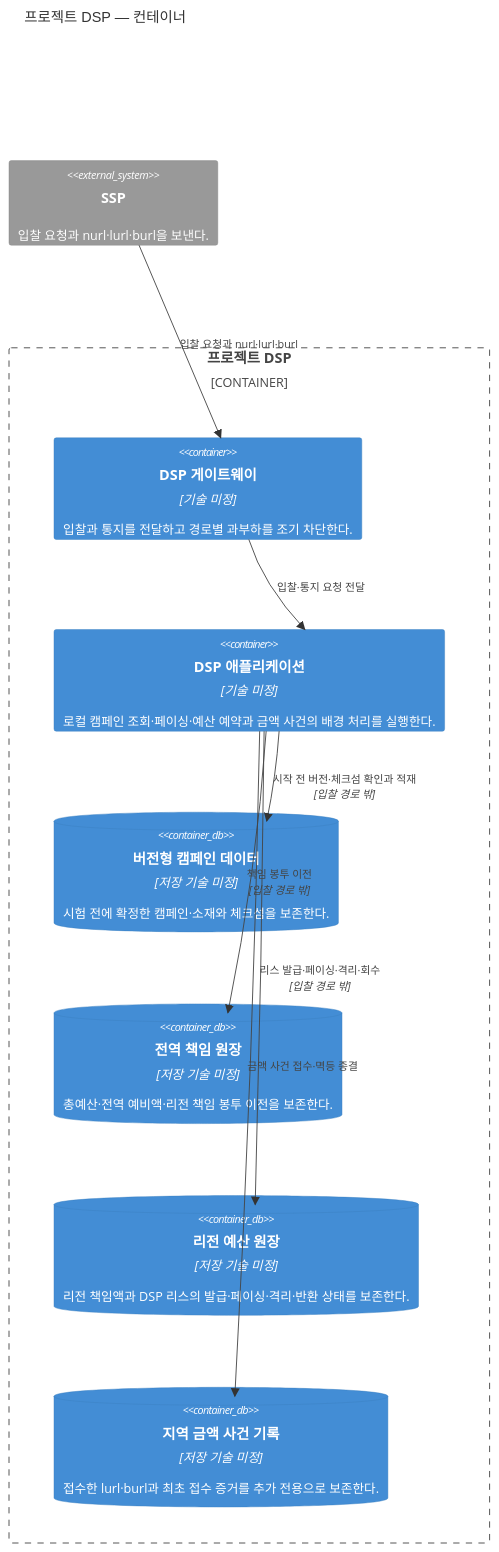
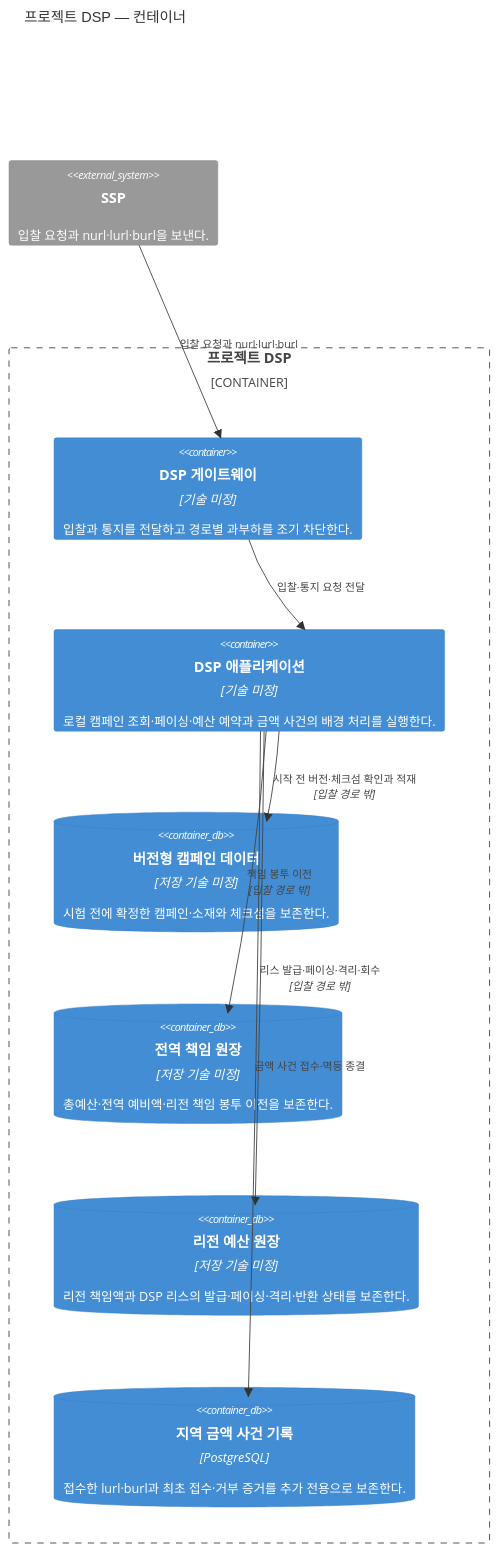
One commit to bbororo5/low-latency-openrtb-auction changed the diagram in docs/architecture/views/dsp-containers.md. Above: the diagram before and after it, drawn with Mermaid. The commit also changed other lines of this file and 9 other files, not shown here.

````diff
--- a/docs/architecture/views/dsp-containers.md
+++ b/docs/architecture/views/dsp-containers.md
@@ -9,24 +9,24 @@
 ```mermaid
 C4Container
     title 프로젝트 DSP — 컨테이너
 
     System_Ext(ssp, "SSP", "입찰 요청과 nurl·lurl·burl을 보낸다.")
 
     Container_Boundary(project_dsp, "프로젝트 DSP") {
         Container(gateway, "DSP 게이트웨이", "기술 미정", "입찰과 통지를 전달하고 경로별 과부하를 조기 차단한다.")
         Container(dsp_application, "DSP 애플리케이션", "기술 미정", "로컬 캠페인 조회·페이싱·예산 예약과 금액 사건의 배경 처리를 실행한다.")
         ContainerDb(campaign_store, "버전형 캠페인 데이터", "저장 기술 미정", "시험 전에 확정한 캠페인·소재와 체크섬을 보존한다.")
         ContainerDb(global_ledger, "전역 책임 원장", "저장 기술 미정", "총예산·전역 예비액·리전 책임 봉투 이전을 보존한다.")
         ContainerDb(regional_ledger, "리전 예산 원장", "저장 기술 미정", "리전 책임액과 DSP 리스의 발급·페이싱·격리·반환 상태를 보존한다.")
-        ContainerDb(money_store, "지역 금액 사건 기록", "저장 기술 미정", "접수한 lurl·burl과 최초 접수 증거를 추가 전용으로 보존한다.")
+        ContainerDb(money_store, "지역 금액 사건 기록", "PostgreSQL", "접수한 lurl·burl과 최초 접수·거부 증거를 추가 전용으로 보존한다.")
     }
 
     Rel(ssp, gateway, "입찰 요청과 nurl·lurl·burl")
     Rel(gateway, dsp_application, "입찰·통지 요청 전달")
     Rel(dsp_application, campaign_store, "시작 전 버전·체크섬 확인과 적재", "입찰 경로 밖")
     Rel(dsp_application, global_ledger, "책임 봉투 이전", "입찰 경로 밖")
     Rel(dsp_application, regional_ledger, "리스 발급·페이싱·격리·회수", "입찰 경로 밖")
     Rel(dsp_application, money_store, "금액 사건 접수·멱등 종결")
 
     UpdateLayoutConfig($c4ShapeInRow="3", $c4BoundaryInRow="1")
 ```
````
